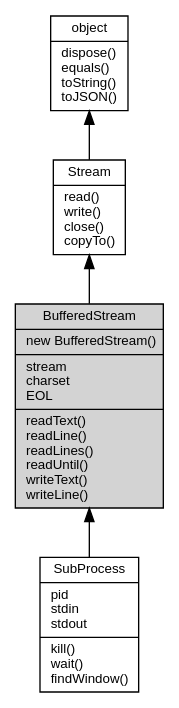
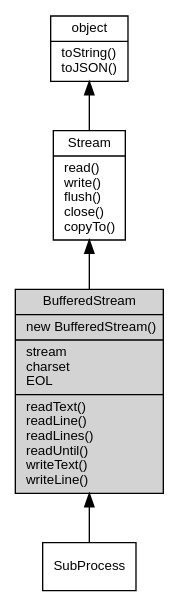
The diagram in docs/object/ifs/BufferedStream.md (asionius/fibjs-ceph), drawn with Graphviz before and after one commit. The commit also changed other lines of this file and 138 other files, not shown here.

````diff
--- a/docs/object/ifs/BufferedStream.md
+++ b/docs/object/ifs/BufferedStream.md
@@ -11,14 +11,14 @@
 ```dot
 digraph {
     node [fontname="Helvetica,sans-Serif", fontsize=10, shape="record", style="filled", fillcolor="white"];
 
-    object [tooltip="object", URL="object.md", label="{object|dispose()\lequals()\ltoString()\ltoJSON()\l}"];
-    Stream [tooltip="Stream", URL="Stream.md", label="{Stream|read()\lwrite()\lclose()\lcopyTo()\l}"];
-    BufferedStream [tooltip="BufferedStream", fillcolor="lightgray", label="{BufferedStream|new BufferedStream()\l|stream\lcharset\lEOL\l|readText()\lreadLine()\lreadLines()\lreadUntil()\lwriteText()\lwriteLine()\l}"];
-    SubProcess [tooltip="SubProcess", URL="SubProcess.md", label="{SubProcess|pid\lstdin\lstdout\l|kill()\lwait()\lfindWindow()\l}"];
+    object [tooltip="object", URL="object.md", label="{object|toString()\ltoJSON()\l}"];
+    Stream [tooltip="Stream", URL="Stream.md", label="{Stream|read()\lwrite()\lflush()\lclose()\lcopyTo()\l}"];
+    BufferedStream [tooltip="BufferedStream", fillcolor="lightgray", id="me", label="{BufferedStream|new BufferedStream()\l|stream\lcharset\lEOL\l|readText()\lreadLine()\lreadLines()\lreadUntil()\lwriteText()\lwriteLine()\l}"];
+    SubProcess [tooltip="SubProcess", URL="SubProcess.md", label="{SubProcess}"];
 
     object -> Stream [dir=back];
     Stream -> BufferedStream [dir=back];
     BufferedStream -> SubProcess [dir=back];
 }
 ```
````
